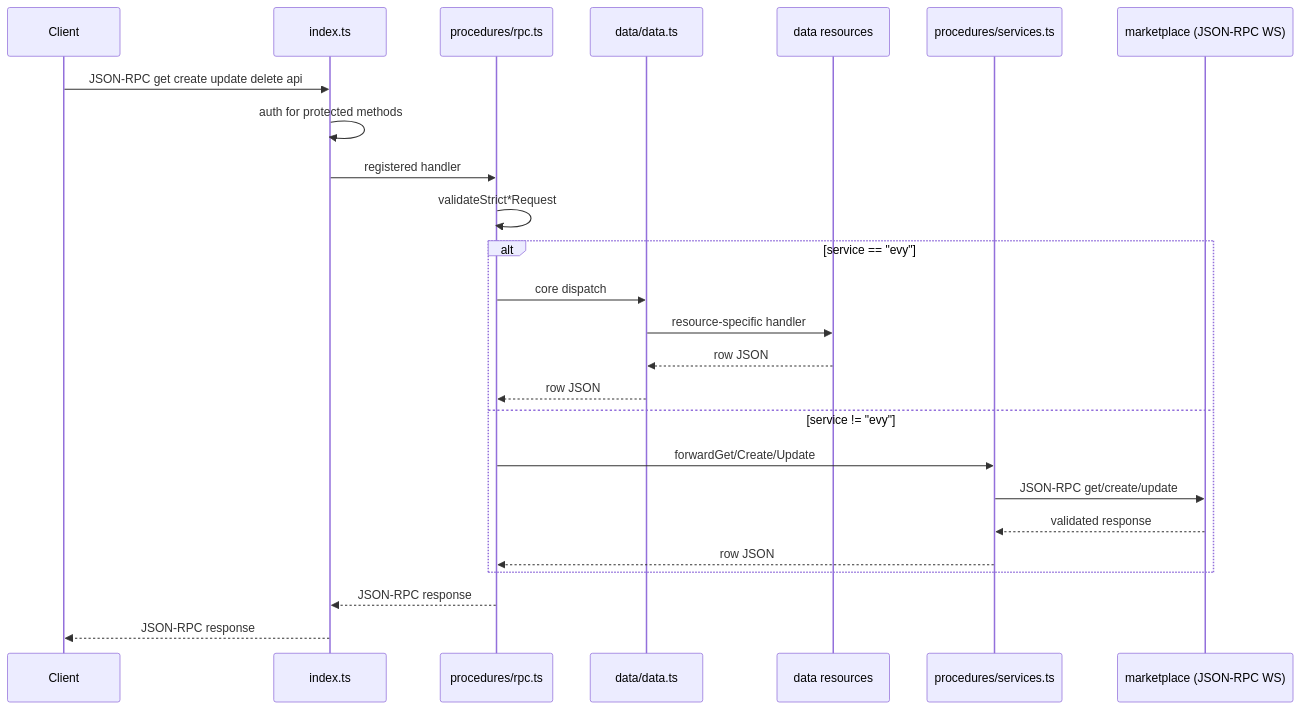
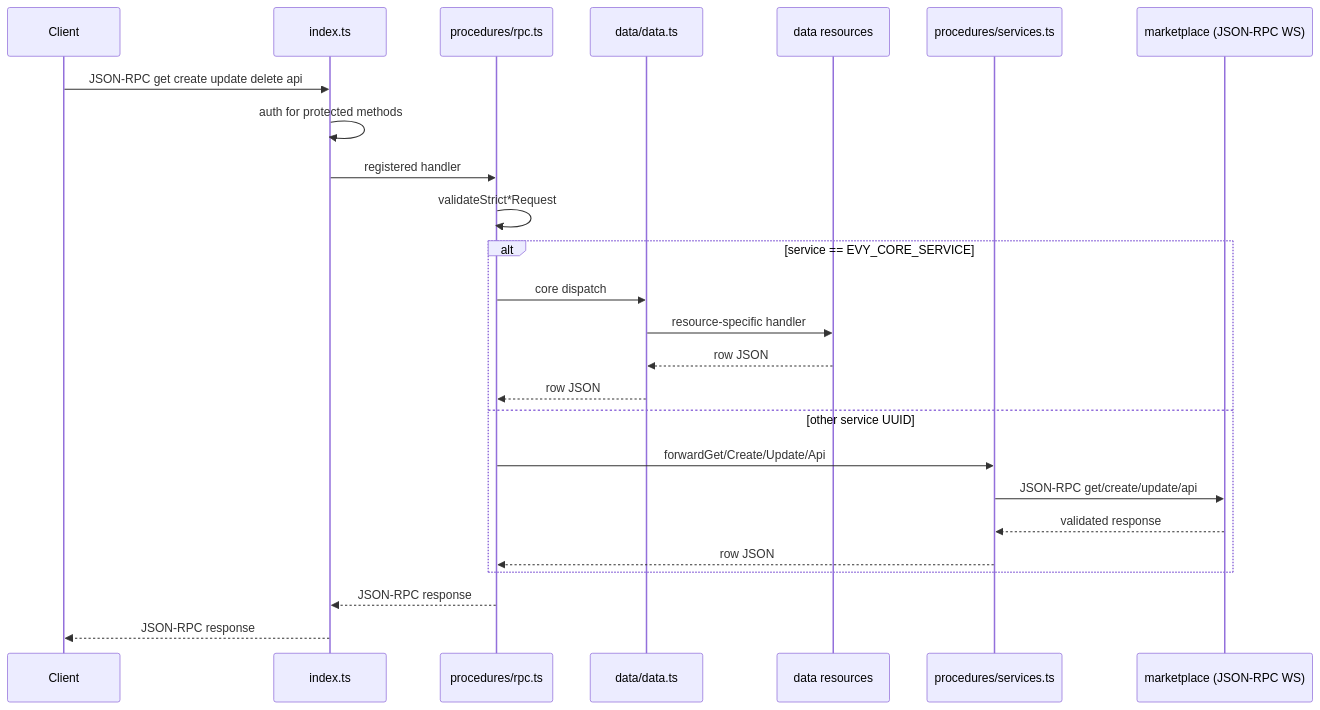
Before and after one commit to EVY-Platform/evy: the first of 2 diagrams in api/README.md, drawn with Mermaid. The commit also changed other lines of this file and 194 other files, not shown here.

````diff
--- a/api/README.md
+++ b/api/README.md
@@ -11,30 +11,30 @@
 ```mermaid
 sequenceDiagram
     participant Client
     participant index as index.ts
     participant rpc as procedures/rpc.ts
     participant data as data/data.ts
     participant resource as data resources
     participant services as procedures/services.ts
     participant marketplace as marketplace (JSON-RPC WS)
 
     Client->>index: JSON-RPC get create update delete api
     index->>index: auth for protected methods
     index->>rpc: registered handler
     rpc->>rpc: validateStrict*Request
 
-    alt service == "evy"
+    alt service == EVY_CORE_SERVICE
         rpc->>data: core dispatch
         data->>resource: resource-specific handler
         resource-->>data: row JSON
         data-->>rpc: row JSON
-    else service != "evy"
-        rpc->>services: forwardGet/Create/Update
-        services->>marketplace: JSON-RPC get/create/update
+    else other service UUID
+        rpc->>services: forwardGet/Create/Update/Api
+        services->>marketplace: JSON-RPC get/create/update/api
         marketplace-->>services: validated response
         services-->>rpc: row JSON
     end
 
     rpc-->>index: JSON-RPC response
     index-->>Client: JSON-RPC response
 ```
````
